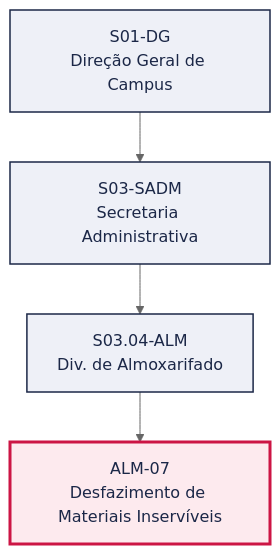
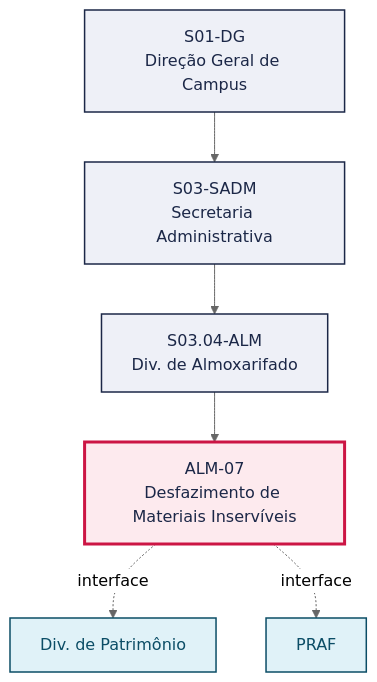
Before and after one commit to jessefers/canvas-vivo-atdg: the first of 2 diagrams in pops/ALM/ALM-07.md, drawn with Mermaid (neutral theme). The commit also changed other lines of this file and 9 other files, not shown here.

````diff
--- a/pops/ALM/ALM-07.md
+++ b/pops/ALM/ALM-07.md
@@ -49,15 +52,20 @@
 ```mermaid
 graph TD
   S01_DG["S01-DG<br/>Direção Geral de Campus"]
   S03_SADM["S03-SADM<br/>Secretaria Administrativa"]
   S01_DG --> S03_SADM
   S03_04_ALM["S03.04-ALM<br/>Div. de Almoxarifado"]
   S03_SADM --> S03_04_ALM
   P["ALM-07<br/>Desfazimento de Materiais Inservíveis"]
   S03_04_ALM --> P
+  V1["Div. de Patrimônio"]
+  P -. interface .-> V1
+  V2["PRAF"]
+  P -. interface .-> V2
   classDef setor fill:#EEF0F7,stroke:#1B2747,stroke-width:1.5px,color:#1B2747
   classDef destaque fill:#FDEAEE,stroke:#CC1544,stroke-width:3px,color:#1B2747
   classDef vizinho fill:#E0F2F8,stroke:#0B4D66,stroke-width:1.5px,color:#0B4D66
   class S01_DG,S03_SADM,S03_04_ALM setor
   class P destaque
+  class V1,V2 vizinho
 ```
````
